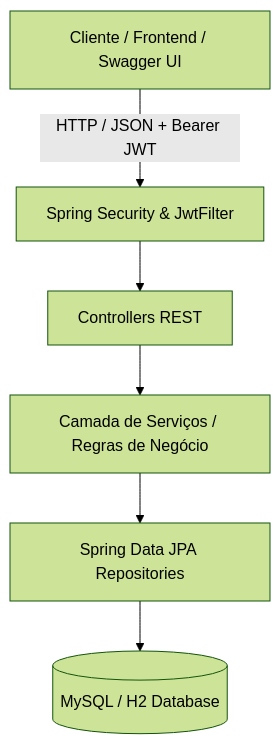
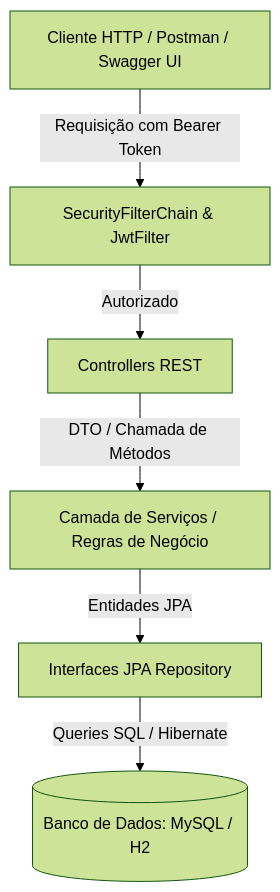
The diagram in README.md (ludson96/agrix), drawn with Mermaid (forest theme) before and after one commit. The commit also changed other lines of this file and 2 other files, not shown here.

````diff
--- a/README.md
+++ b/README.md
@@ -45,8 +82,8 @@
 ```mermaid
 graph TD
-    Client[Cliente / Frontend / Swagger UI] -->|HTTP / JSON + Bearer JWT| Security[Spring Security & JwtFilter]
-    Security --> Controllers[Controllers REST]
-    Controllers --> Services[Camada de Serviços / Regras de Negócio]
-    Services --> Repositories[Spring Data JPA Repositories]
-    Repositories --> Database[(MySQL / H2 Database)]
+    Client[Cliente HTTP / Postman / Swagger UI] -->|Requisição com Bearer Token| SecurityFilter[SecurityFilterChain & JwtFilter]
+    SecurityFilter -->|Autorizado| Controllers[Controllers REST]
+    Controllers -->|DTO / Chamada de Métodos| Services[Camada de Serviços / Regras de Negócio]
+    Services -->|Entidades JPA| Repositories[Interfaces JPA Repository]
+    Repositories -->|Queries SQL / Hibernate| Database[(Banco de Dados: MySQL / H2)]
 ```
````
